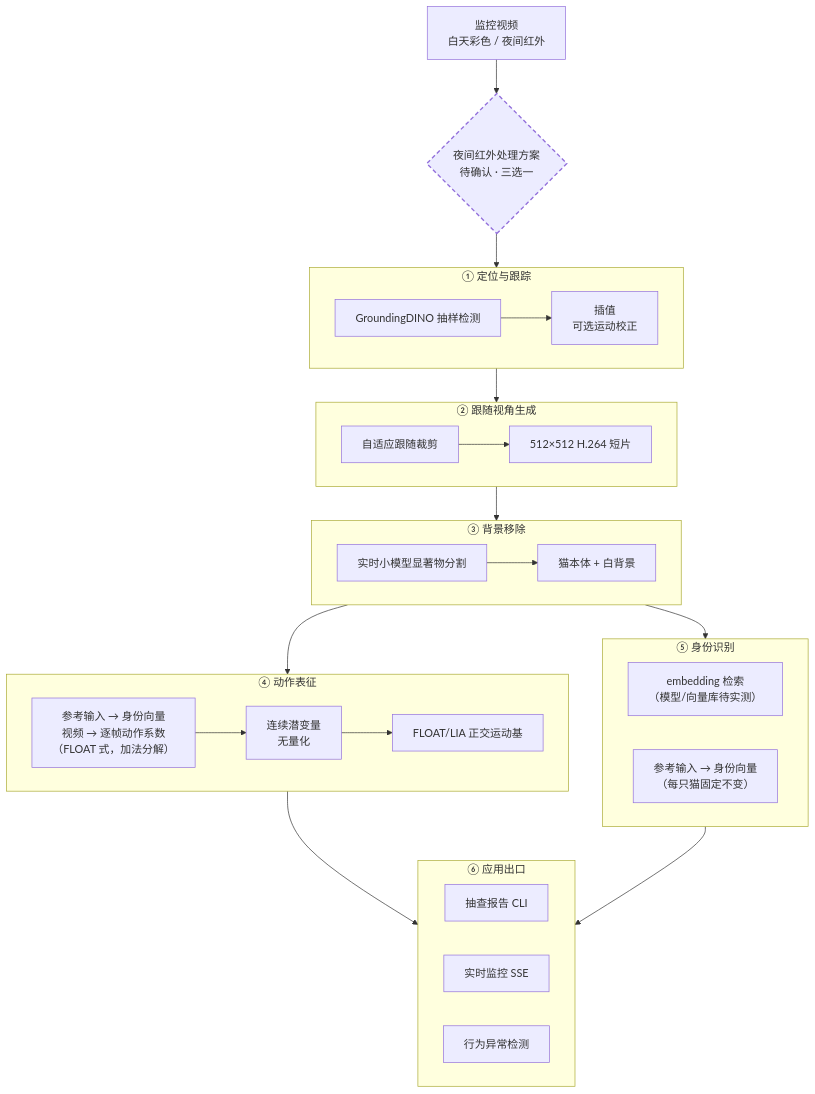
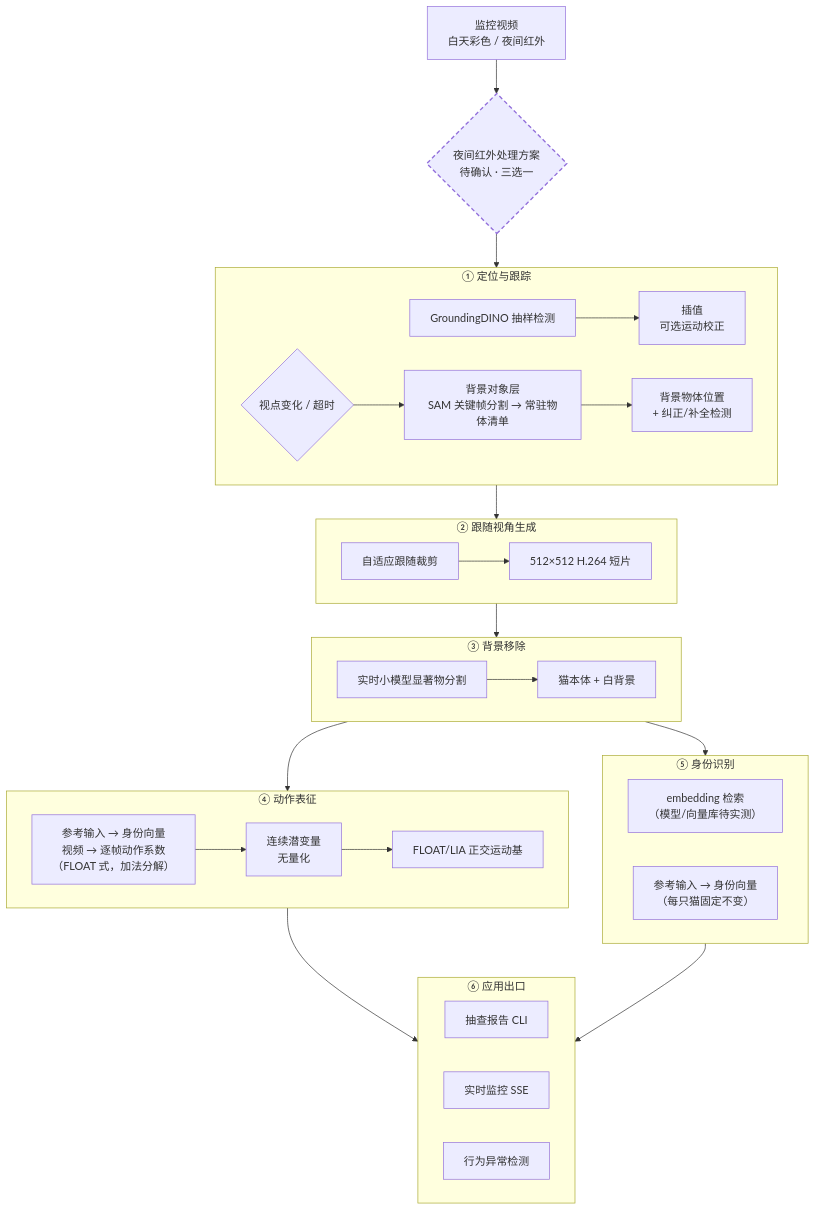
The first of 7 diagrams in management/docs/architecture.md (gongshangzheng/pet-action-recognition), drawn with Mermaid before and after one commit. The commit also changed other lines of this file and 4 other files, not shown here.

````diff
--- a/management/docs/architecture.md
+++ b/management/docs/architecture.md
@@ -43,45 +42,47 @@
 ```mermaid
 flowchart TD
     V[监控视频<br/>白天彩色 / 夜间红外] --> IRQ{"夜间红外处理方案<br/>待确认 · 三选一"}
     IRQ --> S1
 
     subgraph S1["① 定位与跟踪"]
         A1[GroundingDINO 抽样检测] --> A2[插值<br/>可选运动校正]
+        T1{"视点变化 / 超时"} --> A3["背景对象层<br/>SAM 关键帧分割 → 常驻物体清单"]
+        A3 --> A4["背景物体位置<br/>+ 纠正/补全检测"]
     end
 
     S1 --> S2
 
     subgraph S2["② 跟随视角生成"]
         B1[自适应跟随裁剪] --> B2[512×512 H.264 短片]
     end
 
     S2 --> S3
 
     subgraph S3["③ 背景移除"]
         C1[实时小模型显著物分割] --> C2[猫本体 + 白背景]
     end
 
     S3 --> S4
     S3 --> S5
 
     subgraph S4["④ 动作表征"]
         D1["参考输入 → 身份向量<br/>视频 → 逐帧动作系数<br/>（FLOAT 式，加法分解）"] --> D2[连续潜变量<br/>无量化]
         D2 --> D3[FLOAT/LIA 正交运动基]
     end
 
     subgraph S5["⑤ 身份识别"]
         E1["embedding 检索<br/>（模型/向量库待实测）"]
         E2["参考输入 → 身份向量<br/>（每只猫固定不变）"]
     end
 
     S4 --> S6
     S5 --> S6
 
     subgraph S6["⑥ 应用出口"]
         F1[抽查报告 CLI]
         F2[实时监控 SSE]
         F3[行为异常检测]
     end
 
     style IRQ stroke-dasharray: 6 4,stroke-width:2px
 ```
````
